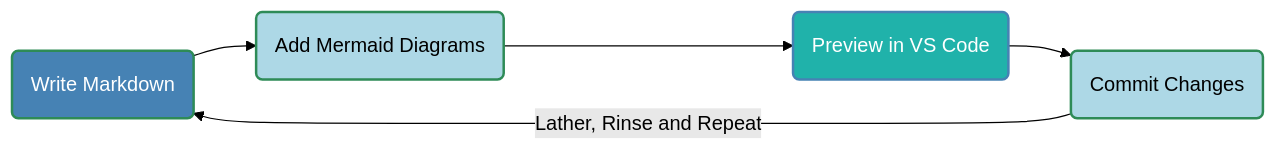
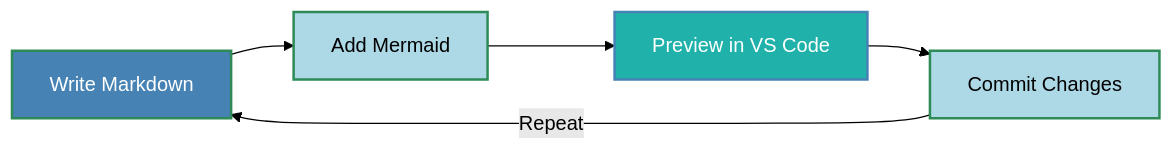
Before and after one commit to buckeye43210/markdown-to-snowkb: the fifth of 9 diagrams in README.md, drawn with Mermaid (forest theme). The commit also changed other lines of this file, not shown here.

````diff
--- a/README.md
+++ b/README.md
@@ -476,12 +333,12 @@
-~~~mermaid
+```mermaid
 graph LR
-    A(Write Markdown) --> B(Add Mermaid Diagrams)
-    B --> C(Preview in VS Code)
-    C --> D(Commit Changes)
-    D -->|Lather, Rinse and Repeat| A
+    A[Write Markdown] --> B[Add Mermaid]
+    B --> C[Preview in VS Code]
+    C --> D[Commit Changes]
+    D -->|Repeat| A
 
     style A fill:#4682B4,stroke:#2E8B57,stroke-width:2px,color:#FFFFFF
     style B fill:#ADD8E6,stroke:#2E8B57,stroke-width:2px
     style C fill:#20B2AA,stroke:#4682B4,stroke-width:2px,color:#FFFFFF
     style D fill:#ADD8E6,stroke:#2E8B57,stroke-width:2px
-~~~
+```
````
